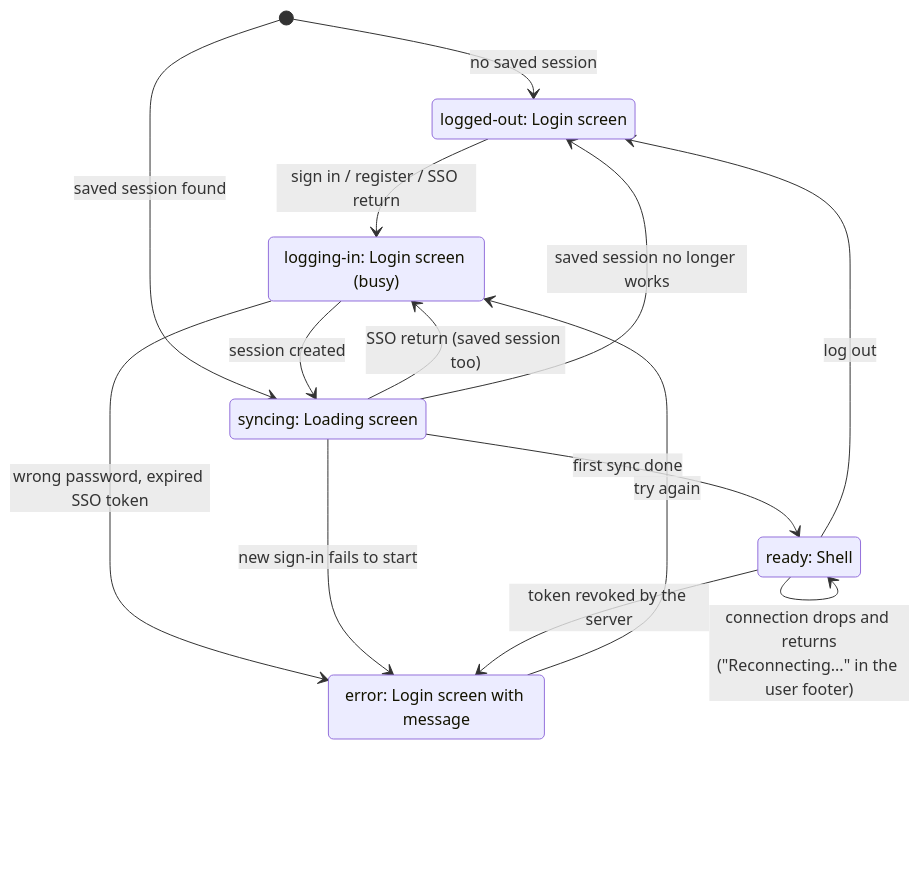
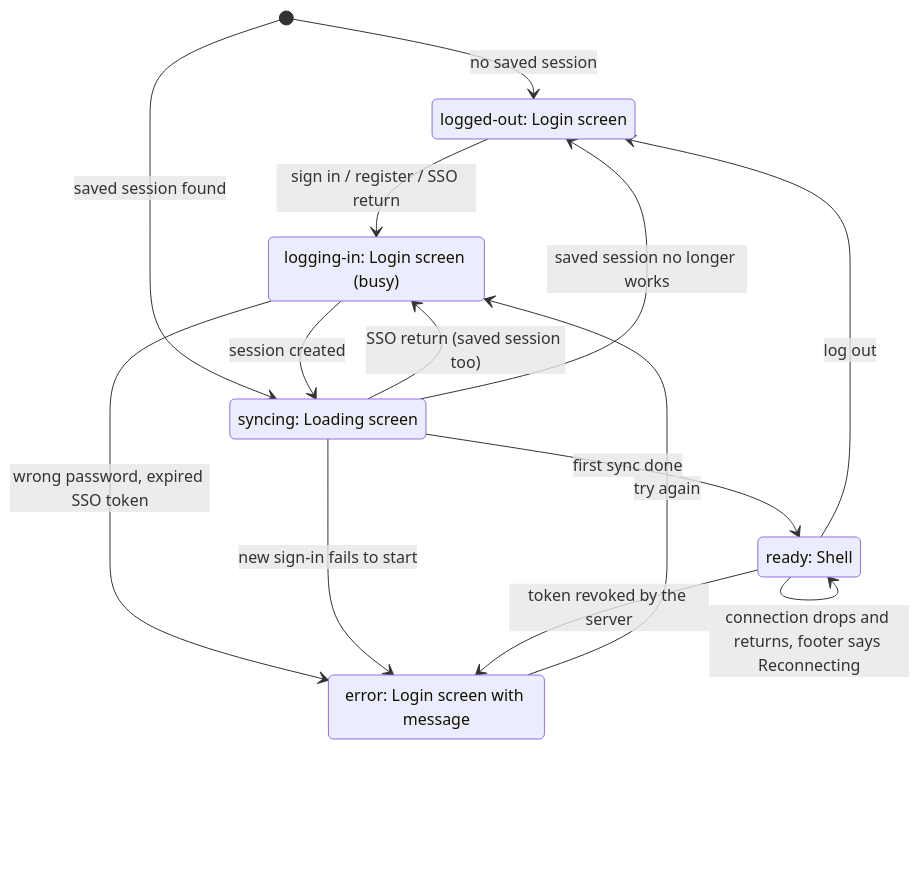
One commit to jaysee260/codec changed the fourth of 14 diagrams in docs/ARCHITECTURE_DIAGRAMS.md. Above: the diagram before and after it, drawn with Mermaid. The commit also changed other lines of this file and 134 other files, not shown here.

First line of the commit message:
Docs: readable architecture guide, reference and gotchas split, docs index, phase records archived

````diff
--- a/docs/ARCHITECTURE_DIAGRAMS.md
+++ b/docs/ARCHITECTURE_DIAGRAMS.md
@@ -149,22 +177,22 @@
 ```mermaid
 stateDiagram-v2
   state "logged-out: Login screen" as logged_out
   state "logging-in: Login screen (busy)" as logging_in
   state "error: Login screen with message" as error
   state "syncing: Loading screen" as syncing
   state "ready: Shell" as ready
 
   [*] --> syncing: saved session found
   [*] --> logged_out: no saved session
   logged_out --> logging_in: sign in / register / SSO return
   syncing --> logging_in: SSO return (saved session too)
   error --> logging_in: try again
   logging_in --> syncing: session created
   logging_in --> error: wrong password, expired SSO token
   syncing --> ready: first sync done
   syncing --> logged_out: saved session no longer works
   syncing --> error: new sign-in fails to start
   ready --> logged_out: log out
   ready --> error: token revoked by the server
-  ready --> ready: connection drops and returns<br/>("Reconnecting..." in the user footer)
+  ready --> ready: connection drops and returns, footer says Reconnecting
 ```
````
